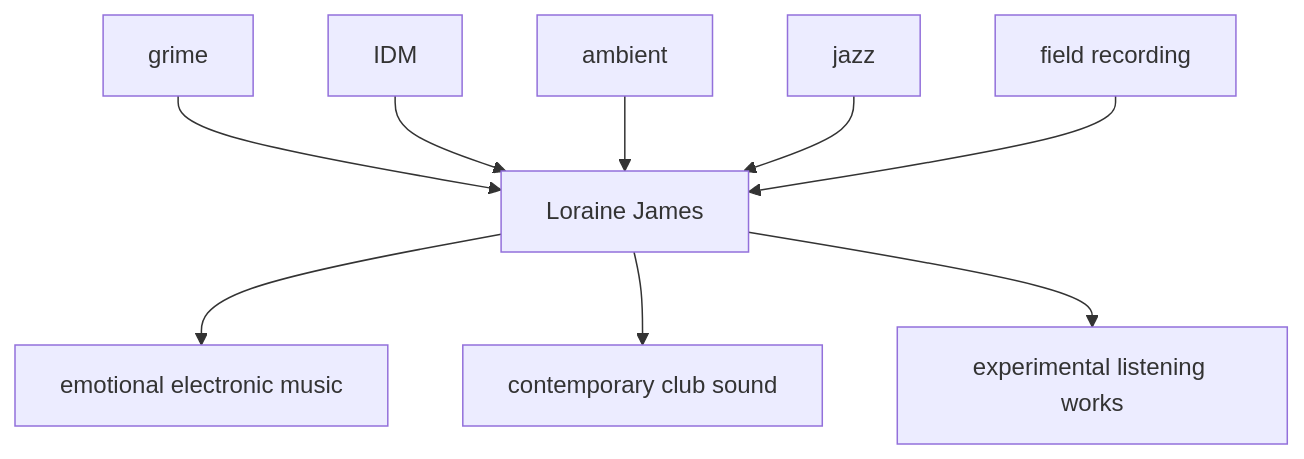
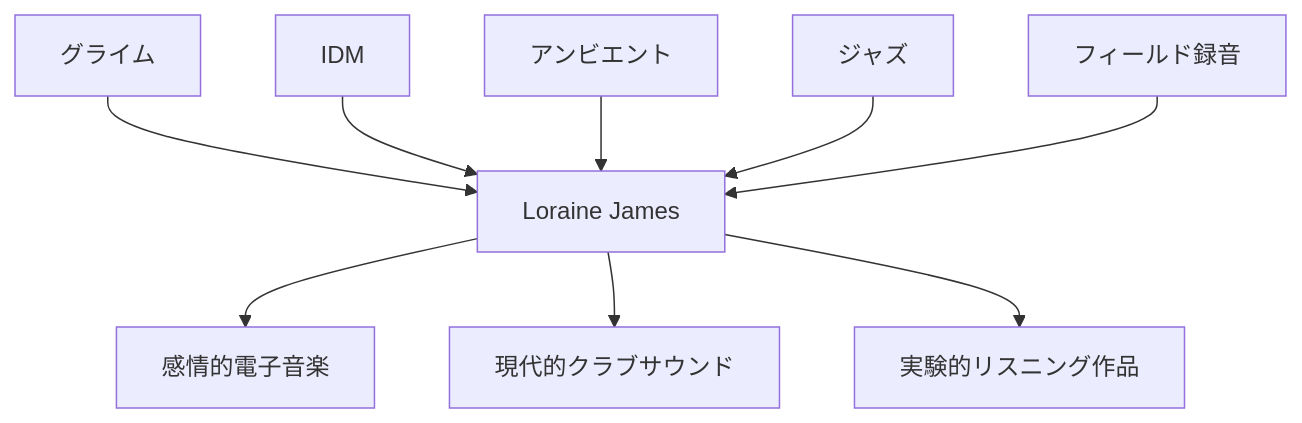
One commit to monumental-movement/monumental-movement.github.io changed the first of 11 diagrams in en/_posts/2026-05-24-column-loraine-james.md. Above: the diagram before and after it, drawn with Mermaid. The commit also changed other lines of this file and 2196 other files, not shown here.

```diff
--- a/en/_posts/2026-05-24-column-loraine-james.md
+++ b/en/_posts/2026-05-24-column-loraine-james.md
@@ -45,11 +45,11 @@
 <div class="mermaid">
 graph TD
-A[grime] --> E[Loraine James]
+A[グライム] --> E[Loraine James]
 B[IDM] --> E
-C[ambient] --> E
-D[jazz] --> E
-F[field recording] --> E
-E --> G[emotional electronic music]
-E --> H[contemporary club sound]
-E --> I[experimental listening works]
+C[アンビエント] --> E
+D[ジャズ] --> E
+F[フィールド録音] --> E
+E --> G[感情的電子音楽]
+E --> H[現代的クラブサウンド]
+E --> I[実験的リスニング作品]
 </div>
```
